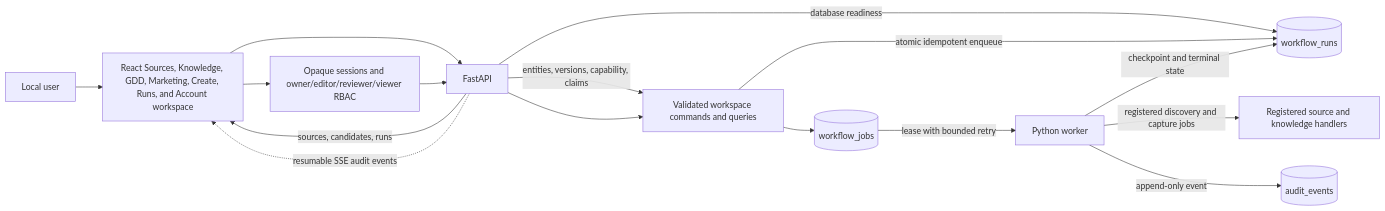
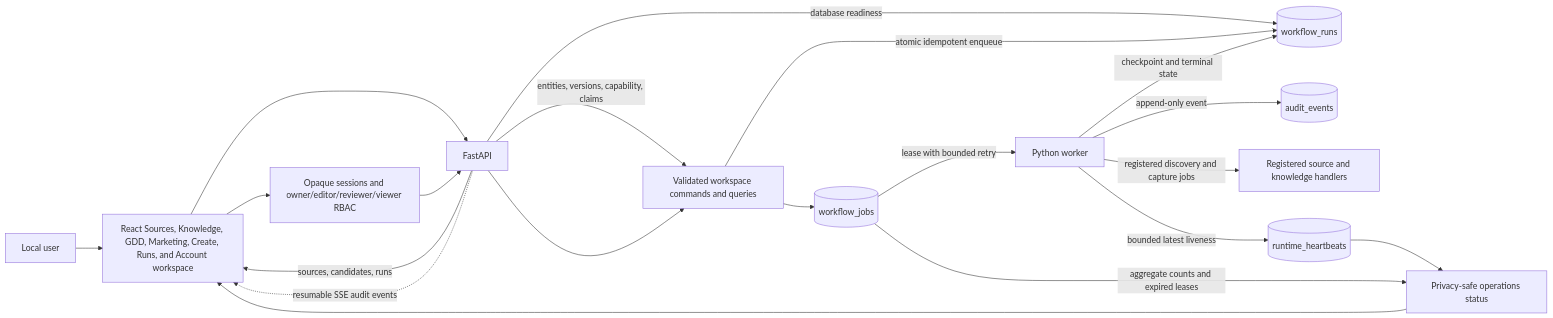
Before and after one commit to Wenqi77Zhang/GameCrafter-Agent: the third of 27 diagrams in docs/architecture/system-architecture.md, drawn with Mermaid. The commit also changed other lines of this file and 21 other files, not shown here.

````diff
--- a/docs/architecture/system-architecture.md
+++ b/docs/architecture/system-architecture.md
@@ -80,27 +80,32 @@
 ```mermaid
 flowchart LR
     USER["Local user"]
     WEB["React Sources, Knowledge, GDD, Marketing, Create, Runs, and Account workspace"]
     API["FastAPI"]
     COMMAND["Validated workspace commands and queries"]
     RUNS[("workflow_runs")]
     JOBS[("workflow_jobs")]
     AUDIT[("audit_events")]
     WORKER["Python worker"]
     HANDLER["Registered source and knowledge handlers"]
     IDENTITY["Opaque sessions and owner/editor/reviewer/viewer RBAC"]
+    HEARTBEAT[("runtime_heartbeats")]
+    OPERATIONS["Privacy-safe operations status"]
 
     USER --> WEB --> API
     API -->|"sources, candidates, runs"| WEB
     API -->|"entities, versions, capability, claims"| COMMAND
     API -. "resumable SSE audit events" .-> WEB
     API -->|"database readiness"| RUNS
     API --> COMMAND
     WEB --> IDENTITY --> API
     COMMAND -->|"atomic idempotent enqueue"| RUNS
     COMMAND --> JOBS
     JOBS -->|"lease with bounded retry"| WORKER
     WORKER -->|"registered discovery and capture jobs"| HANDLER
     WORKER -->|"checkpoint and terminal state"| RUNS
     WORKER -->|"append-only event"| AUDIT
+    WORKER -->|"bounded latest liveness"| HEARTBEAT
+    HEARTBEAT --> OPERATIONS --> WEB
+    JOBS -->|"aggregate counts and expired leases"| OPERATIONS
 ```
````
